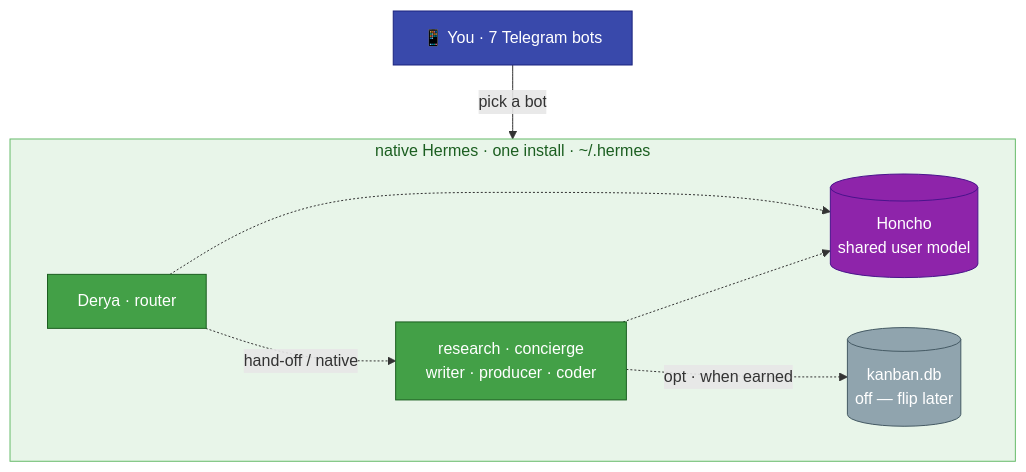
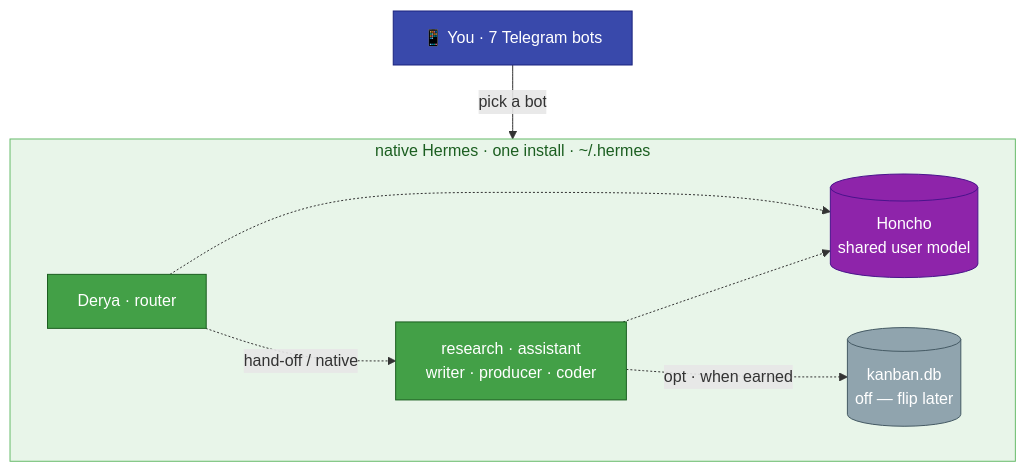
Before and after one commit to mpolatcan/hermes-setup: the diagram in docs/12-agent-comms.md, drawn with Mermaid. The commit also changed other lines of this file and 12 other files, not shown here.

First line of the commit message:
docs: rename slug concierge -> assistant (clearer functional label)

````diff
--- a/docs/12-agent-comms.md
+++ b/docs/12-agent-comms.md
@@ -7,21 +7,21 @@
 ```mermaid
 flowchart TB
     you["📱 You · 7 Telegram bots"]:::user
     subgraph install["native Hermes · one install · ~/.hermes"]
         direction LR
         derya["Derya · router"]:::mini
-        others["research · concierge<br/>writer · producer · coder"]:::mini
+        others["research · assistant<br/>writer · producer · coder"]:::mini
         honcho[("Honcho<br/>shared user model")]:::infra
         board[("kanban.db<br/>off — flip later")]:::off
     end
     you -->|pick a bot| install
     derya -.->|hand-off / native| others
     others -.-> honcho
     derya -.-> honcho
     others -. "opt · when earned" .-> board
     classDef user fill:#3949AB,stroke:#1A237E,color:#fff
     classDef mini fill:#43A047,stroke:#1B5E20,color:#fff
     classDef infra fill:#8E24AA,stroke:#4A148C,color:#fff
     classDef off fill:#90A4AE,stroke:#455A64,color:#fff
     style install fill:#E8F5E9,stroke:#66BB6A,color:#1B5E20
 ```
````
